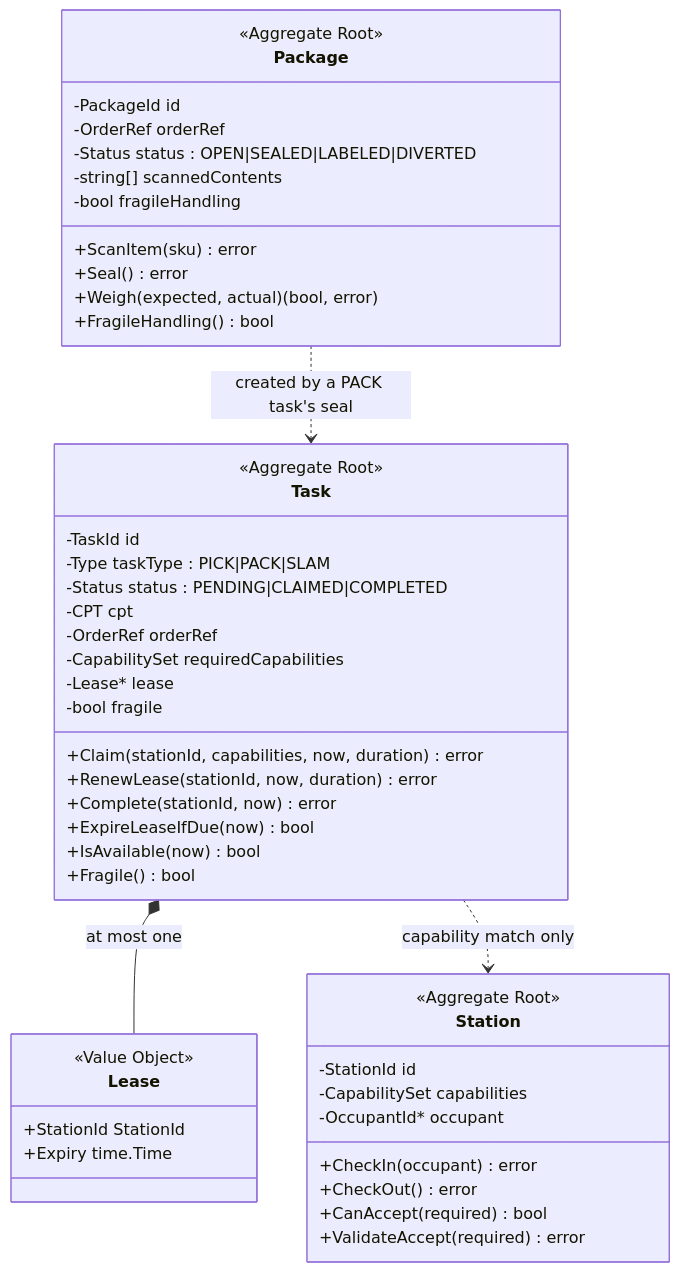
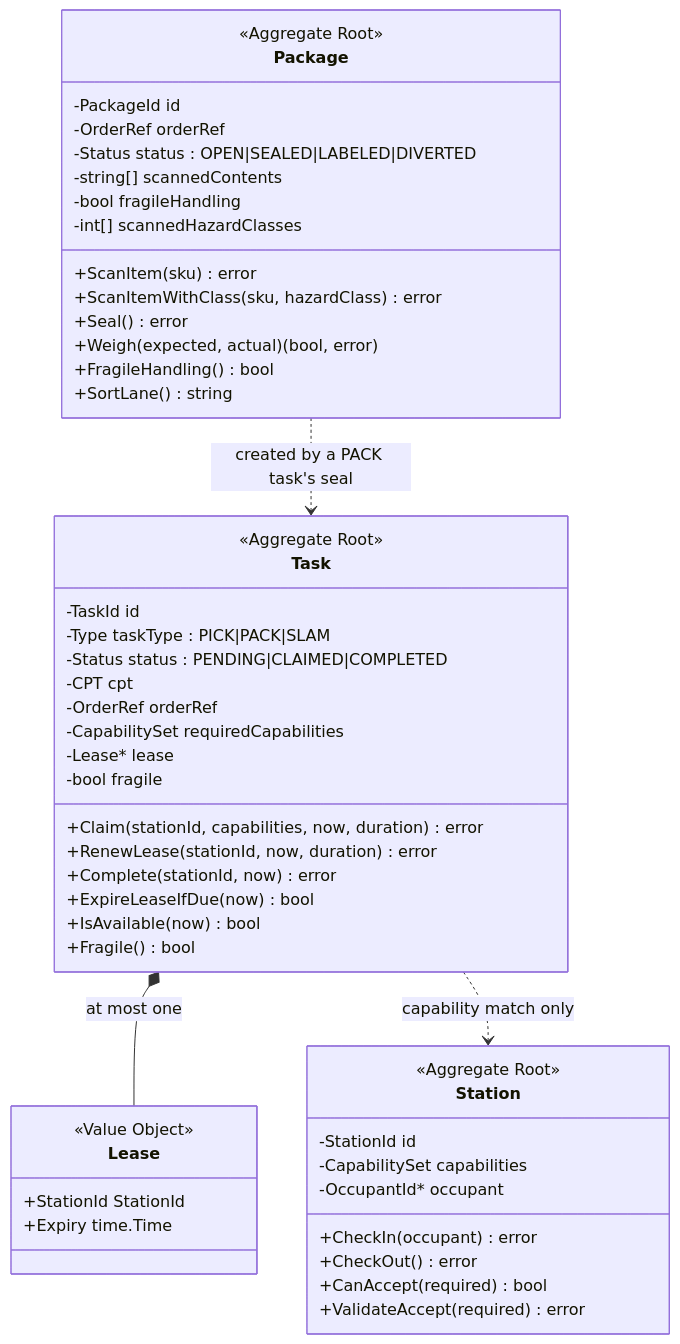
One commit to claudioed/fulfillment-execution changed the diagram in docs/docs/ddd/aggregates-and-invariants.md. Above: the diagram before and after it, drawn with Mermaid. The commit also changed other lines of this file and 26 other files, not shown here.

````diff
--- a/docs/docs/ddd/aggregates-and-invariants.md
+++ b/docs/docs/ddd/aggregates-and-invariants.md
@@ -16,50 +16,53 @@
 ```mermaid
 classDiagram
     class Task {
         <<Aggregate Root>>
         -TaskId id
         -Type taskType : PICK|PACK|SLAM
         -Status status : PENDING|CLAIMED|COMPLETED
         -CPT cpt
         -OrderRef orderRef
         -CapabilitySet requiredCapabilities
         -Lease* lease
         -bool fragile
         +Claim(stationId, capabilities, now, duration) error
         +RenewLease(stationId, now, duration) error
         +Complete(stationId, now) error
         +ExpireLeaseIfDue(now) bool
         +IsAvailable(now) bool
         +Fragile() bool
     }
     class Lease {
         <<Value Object>>
         +StationId StationId
         +Expiry time.Time
     }
     class Station {
         <<Aggregate Root>>
         -StationId id
         -CapabilitySet capabilities
         -OccupantId* occupant
         +CheckIn(occupant) error
         +CheckOut() error
         +CanAccept(required) bool
         +ValidateAccept(required) error
     }
     class Package {
         <<Aggregate Root>>
         -PackageId id
         -OrderRef orderRef
         -Status status : OPEN|SEALED|LABELED|DIVERTED
         -string[] scannedContents
         -bool fragileHandling
+        -int[] scannedHazardClasses
         +ScanItem(sku) error
+        +ScanItemWithClass(sku, hazardClass) error
         +Seal() error
         +Weigh(expected, actual) (bool, error)
         +FragileHandling() bool
+        +SortLane() string
     }
     Task *-- Lease : at most one
     Task ..> Station : capability match only
     Package ..> Task : created by a PACK task's seal
 ```
````
